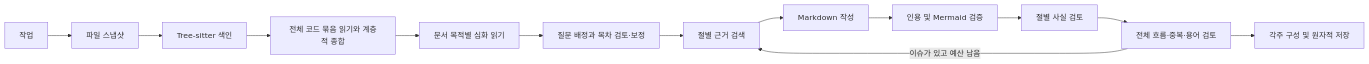
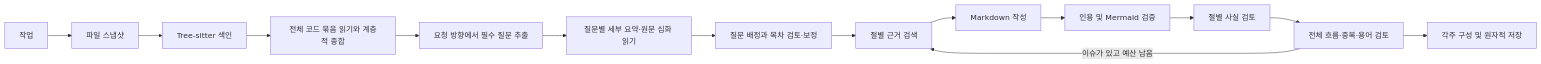
Before and after one commit to letspurify-ux/DocCraftAgent: the diagram in docs/architecture.md, drawn with Mermaid. The commit also changed other lines of this file and 9 other files, not shown here.

````diff
--- a/docs/architecture.md
+++ b/docs/architecture.md
@@ -7,15 +7,16 @@
 ```mermaid
 flowchart LR
  A[작업] --> B[파일 스냅샷]
  B --> C[Tree-sitter 색인]
  C --> C1[전체 코드 묶음 읽기와 계층적 종합]
- C1 --> C2[문서 목적별 심화 읽기]
+ C1 --> Q[요청 방향에서 필수 질문 추출]
+ Q --> C2[질문별 세부 요약·원문 심화 읽기]
  C2 --> D[질문 배정과 목차 검토·보정]
  D --> E[절별 근거 검색]
  E --> F[Markdown 작성]
  F --> G[인용 및 Mermaid 검증]
  G --> H[절별 사실 검토]
  H --> J[전체 흐름·중복·용어 검토]
  J -->|이슈가 있고 예산 남음| E
  J --> I[각주 구성 및 원자적 저장]
 ```
````
